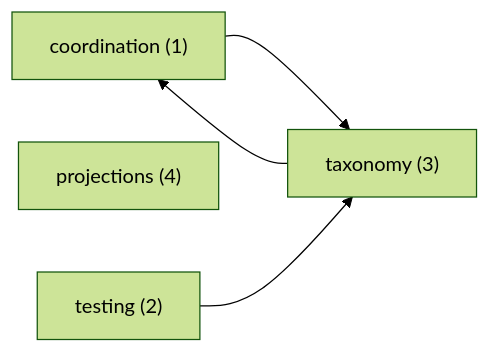
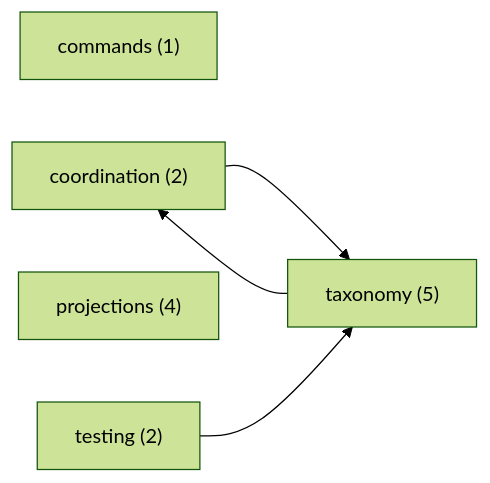
One commit to libar-dev/architect changed the first of 6 diagrams in docs-live/architecture/by-theme.md. Above: the diagram before and after it, drawn with Mermaid (forest theme). The commit also changed other lines of this file and 240 other files, not shown here.

````diff
--- a/docs-live/architecture/by-theme.md
+++ b/docs-live/architecture/by-theme.md
@@ -18,10 +18,11 @@
 ```mermaid
 graph LR
-  coordination["coordination (1)"]
+  commands["commands (1)"]
+  coordination["coordination (2)"]
   projections["projections (4)"]
-  taxonomy["taxonomy (3)"]
+  taxonomy["taxonomy (5)"]
   testing["testing (2)"]
   coordination --> taxonomy
   taxonomy --> coordination
   testing --> taxonomy
 ```
````
